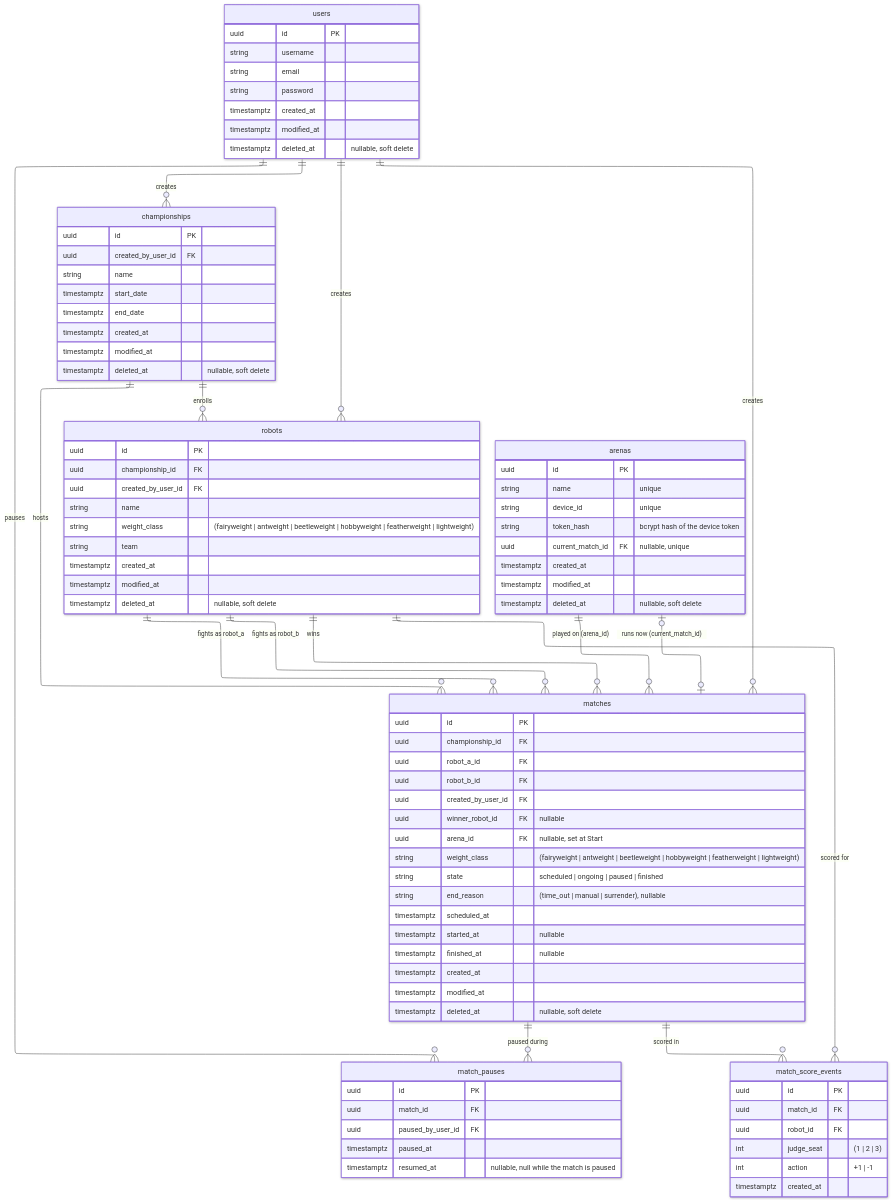
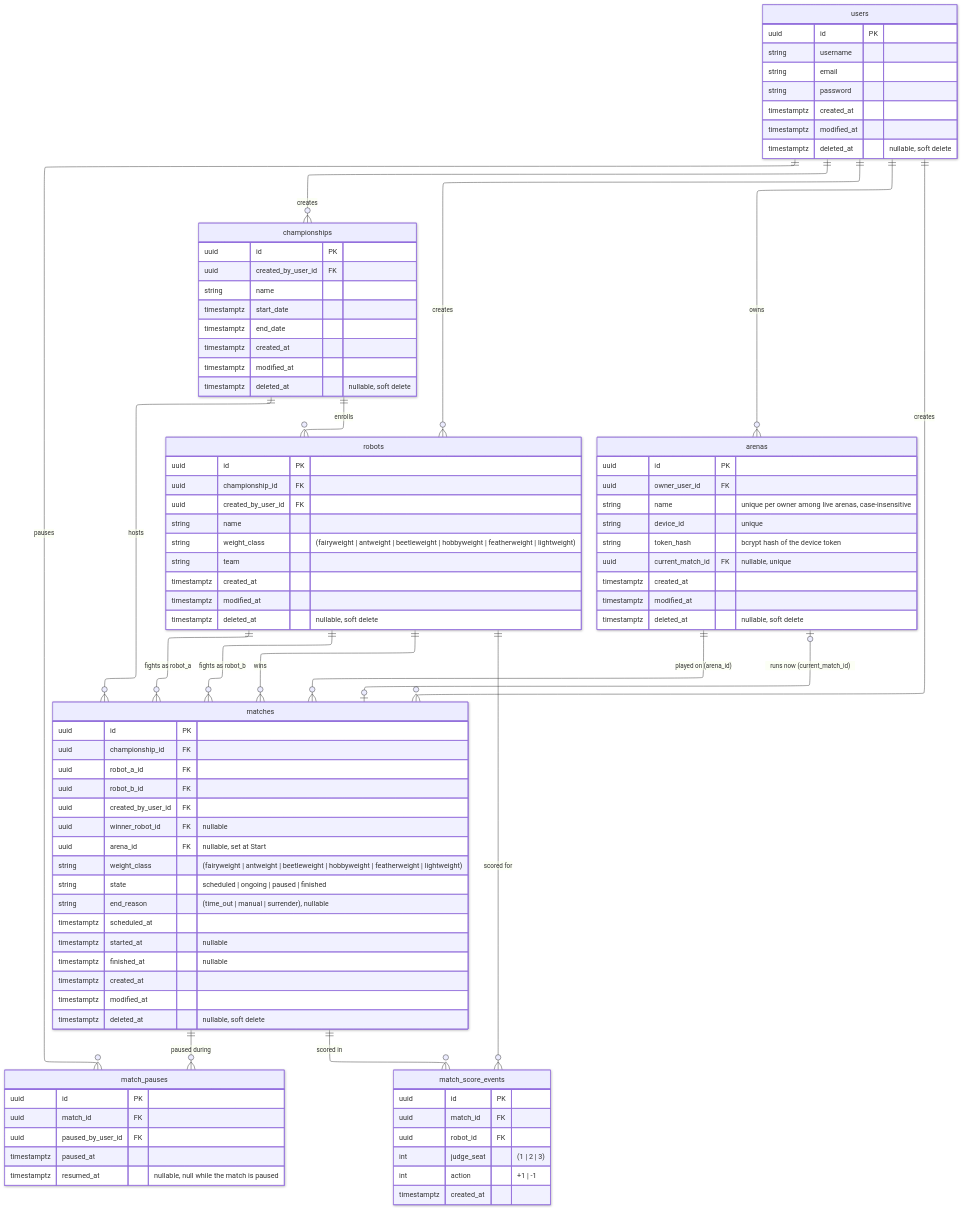
The diagram in docs/database-model.md (UTFPR-Oficinas-2/crossliseu), drawn with Mermaid before and after one commit. The commit also changed other lines of this file and 6 other files, not shown here.

```diff
--- a/docs/database-model.md
+++ b/docs/database-model.md
@@ -35,6 +38,7 @@
   users ||--o{ championships : creates
   users ||--o{ matches : creates
   users ||--o{ robots : creates
+  users ||--o{ arenas : owns
   matches ||--o{ match_pauses : "paused during"
   users ||--o{ match_pauses : pauses
   matches ||--o{ match_score_events : "scored in"
@@ -93,7 +97,8 @@
   }
   arenas {
     uuid id PK
-    string name "unique"
+    uuid owner_user_id FK
+    string name "unique per owner among live arenas, case-insensitive"
     string device_id "unique"
     string token_hash "bcrypt hash of the device token"
     uuid current_match_id FK "nullable, unique"
```
